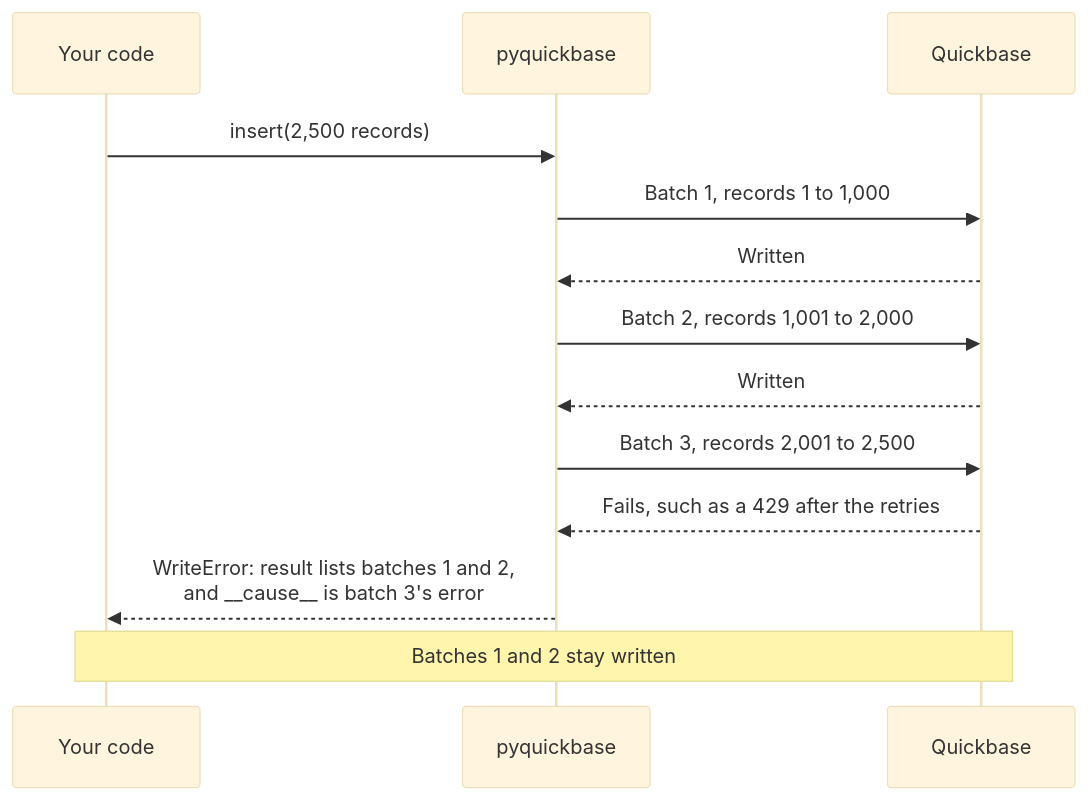
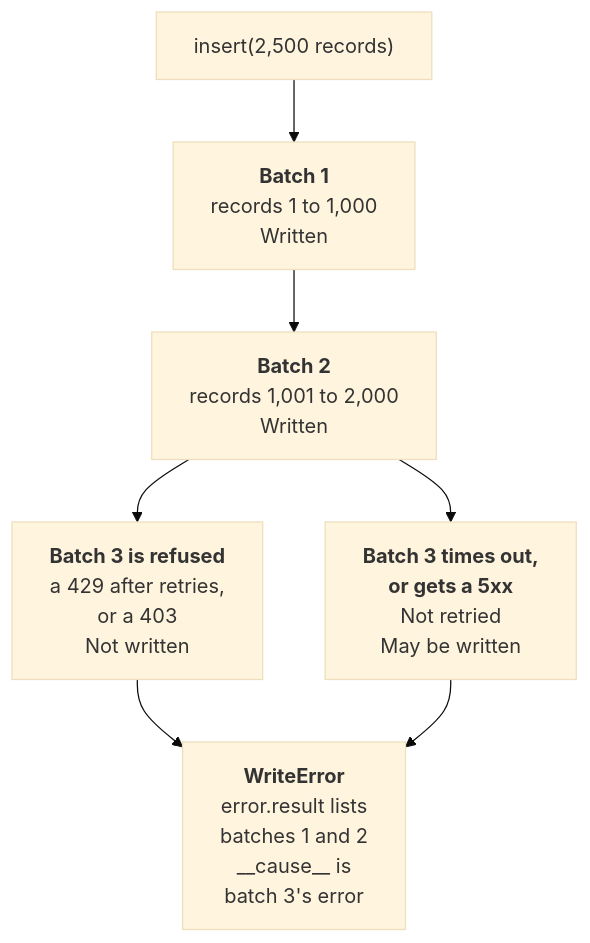
One commit to matthew-williams-solutions/pyquickbase changed the diagram in docs/guides/writing.md. Above: the diagram before and after it, drawn with Mermaid (base theme). The commit also changed other lines of this file and 13 other files, not shown here.

First line of the commit message:
Keep the diagrams that show structure, and correct what they claimed

````diff
--- a/docs/guides/writing.md
+++ b/docs/guides/writing.md
@@ -244,15 +235,9 @@
 ```mermaid
-sequenceDiagram
-    participant Y as Your code
-    participant S as pyquickbase
-    participant Q as Quickbase
-    Y->>S: insert(2,500 records)
-    S->>Q: Batch 1, records 1 to 1,000
-    Q-->>S: Written
-    S->>Q: Batch 2, records 1,001 to 2,000
-    Q-->>S: Written
-    S->>Q: Batch 3, records 2,001 to 2,500
-    Q-->>S: Fails, such as a 429 after the retries
-    S-->>Y: WriteError: result lists batches 1 and 2,<br/>and __cause__ is batch 3's error
-    Note over Y,Q: Batches 1 and 2 stay written
+flowchart TD
+    I["insert(2,500 records)"] --> B1["<b>Batch 1</b><br/>records 1 to 1,000<br/>Written"]
+    B1 --> B2["<b>Batch 2</b><br/>records 1,001 to 2,000<br/>Written"]
+    B2 --> R["<b>Batch 3 is refused</b><br/>a 429 after retries,<br/>or a 403<br/>Not written"]
+    B2 --> T["<b>Batch 3 times out,<br/>or gets a 5xx</b><br/>Not retried<br/>May be written"]
+    R --> E["<b>WriteError</b><br/>error.result lists<br/>batches 1 and 2<br/>__cause__ is<br/>batch 3's error"]
+    T --> E
 ```
````
